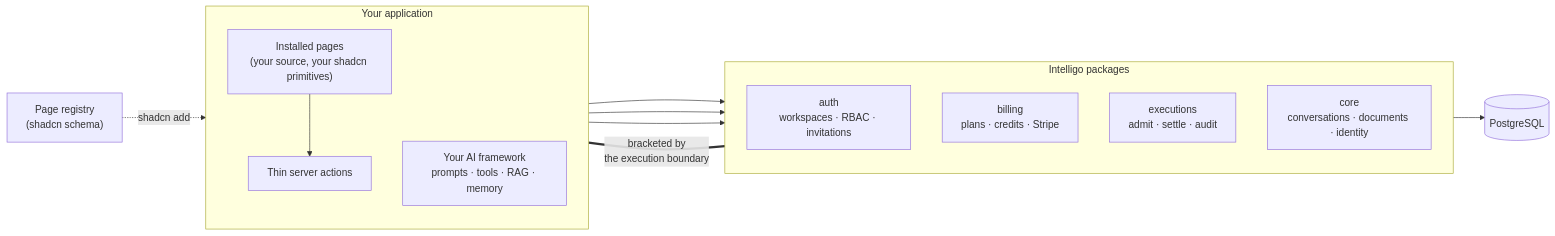
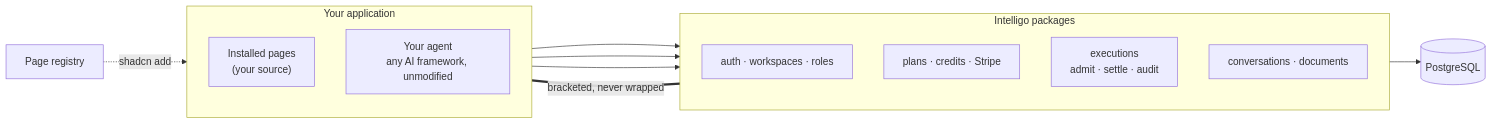
The diagram in README.md (intelligo-dev/intelligo), drawn with Mermaid before and after one commit. The commit also changed other lines of this file, not shown here.

````diff
--- a/README.md
+++ b/README.md
@@ -38,23 +42,21 @@
 ```mermaid
 flowchart LR
     subgraph you ["Your application"]
         direction TB
-        pages["Installed pages<br/>(your source, your shadcn primitives)"]
-        actions["Thin server actions"]
-        agent["Your AI framework<br/>prompts · tools · RAG · memory"]
-        pages --> actions
+        pages["Installed pages<br/>(your source)"]
+        agent["Your agent<br/>any AI framework, unmodified"]
     end
 
     subgraph intelligo ["Intelligo packages"]
         direction TB
-        auth["auth<br/>workspaces · RBAC · invitations"]
-        billing["billing<br/>plans · credits · Stripe"]
+        auth["auth · workspaces · roles"]
+        billing["plans · credits · Stripe"]
         exec["executions<br/>admit · settle · audit"]
-        core["core<br/>conversations · documents · identity"]
+        core["conversations · documents"]
     end
 
-    registry["Page registry<br/>(shadcn schema)"] -. "shadcn add" .-> pages
-    actions --> auth & billing & core
-    agent === |"bracketed by<br/>the execution boundary"| exec
+    registry["Page registry"] -. "shadcn add" .-> pages
+    pages --> auth & billing & core
+    agent === |"bracketed, never wrapped"| exec
     intelligo --> db[("PostgreSQL")]
 ```
````
